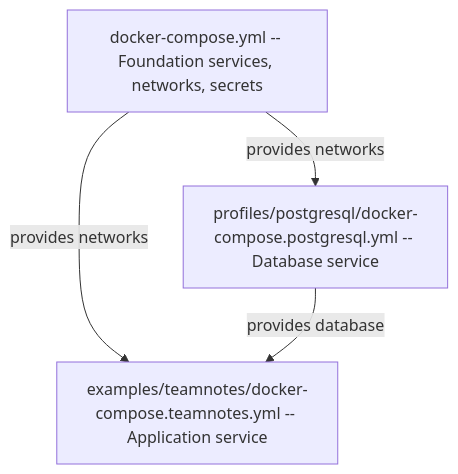
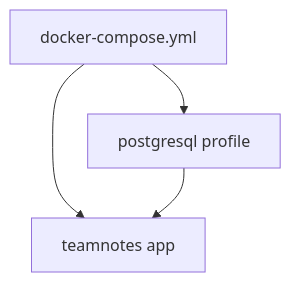
The third of 3 diagrams in docs/extending.md (peermesh/docker-lab-docs), drawn with Mermaid before and after one commit. The commit also changed other lines of this file and 13 other files, not shown here.

First line of the commit message:
fix: improve diagram legibility and icon rendering

````diff
--- a/docs/extending.md
+++ b/docs/extending.md
@@ -369,10 +369,10 @@
 ```mermaid
 flowchart TB
-    Base["docker-compose.yml -- Foundation services, networks, secrets"]
-    Profile["profiles/postgresql/docker-compose.postgresql.yml -- Database service"]
-    App["examples/teamnotes/docker-compose.teamnotes.yml -- Application service"]
+    Base["docker-compose.yml"]
+    Profile["postgresql profile"]
+    App["teamnotes app"]
 
-    Base -->|"provides networks"| Profile
-    Base -->|"provides networks"| App
-    Profile -->|"provides database"| App
+    Base --> Profile
+    Base --> App
+    Profile --> App
 ```
````
